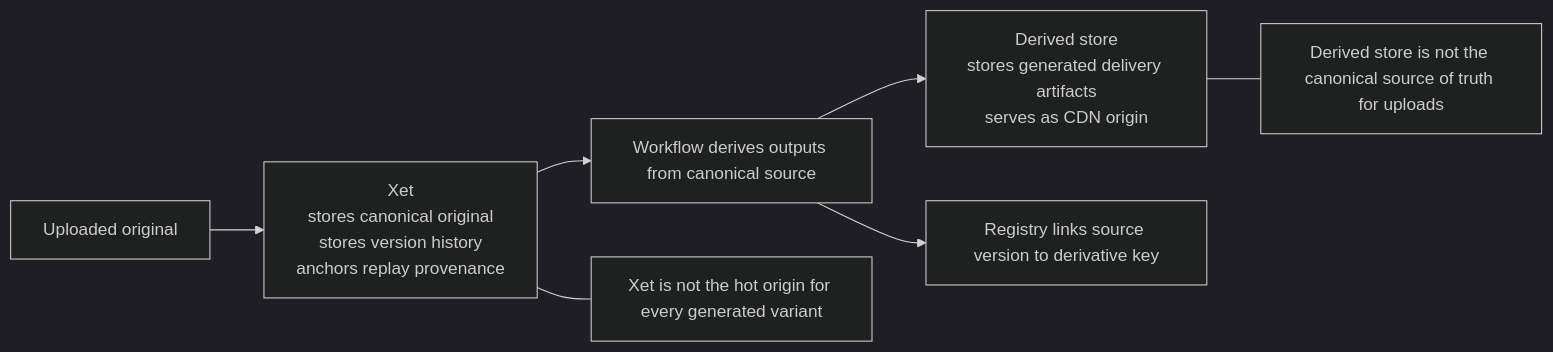
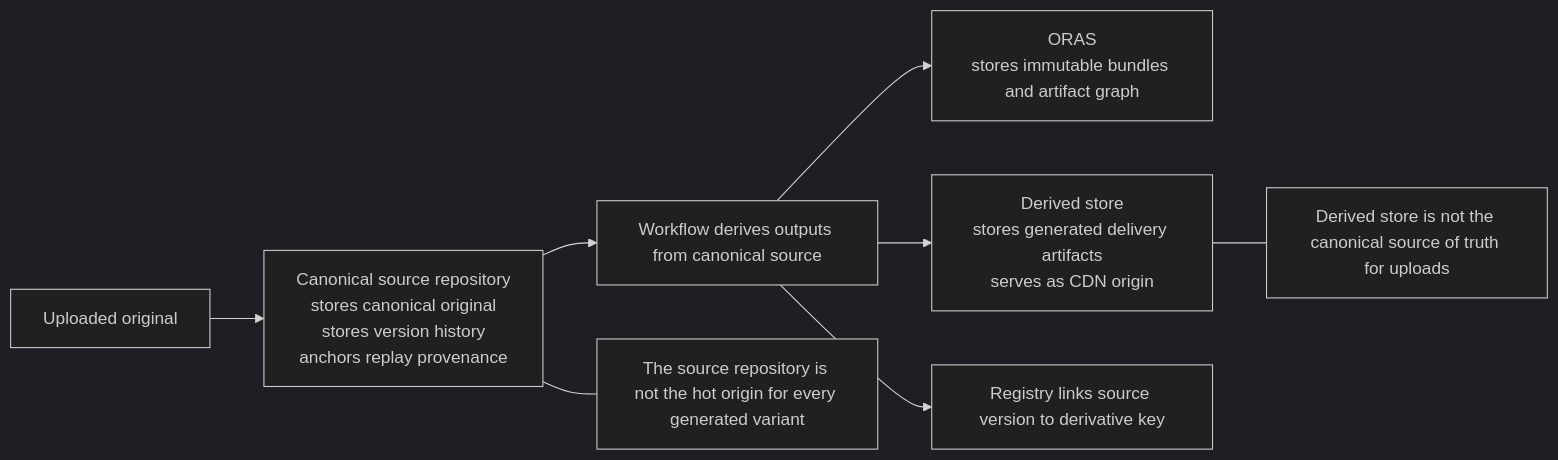
One commit to Yeusepe/cdngine changed the fourth of 9 diagrams in docs/architecture.md. Above: the diagram before and after it, drawn with Mermaid (dark theme). The commit also changed other lines of this file and 33 other files, not shown here.

First line of the commit message:
Adopt canonical source repository and tiered storage

````diff
--- a/docs/architecture.md
+++ b/docs/architecture.md
@@ -239,13 +271,14 @@
 ```mermaid
 flowchart LR
-    Source["Uploaded original"] --> Xet["Xet\nstores canonical original\nstores version history\nanchors replay provenance"]
-    Xet --> Workflow["Workflow derives outputs from canonical source"]
+    Source["Uploaded original"] --> SourceRepo["Canonical source repository\nstores canonical original\nstores version history\nanchors replay provenance"]
+    SourceRepo --> Workflow["Workflow derives outputs from canonical source"]
+    Workflow --> ArtifactGraph["ORAS\nstores immutable bundles and artifact graph"]
     Workflow --> Derived["Derived store\nstores generated delivery artifacts\nserves as CDN origin"]
     Workflow --> Registry["Registry links source version to derivative key"]
 
-    note1["Xet is not the hot origin for every generated variant"]
+    note1["The source repository is not the hot origin for every generated variant"]
     note2["Derived store is not the canonical source of truth for uploads"]
 
-    Xet --- note1
+    SourceRepo --- note1
     Derived --- note2
 ```
````
